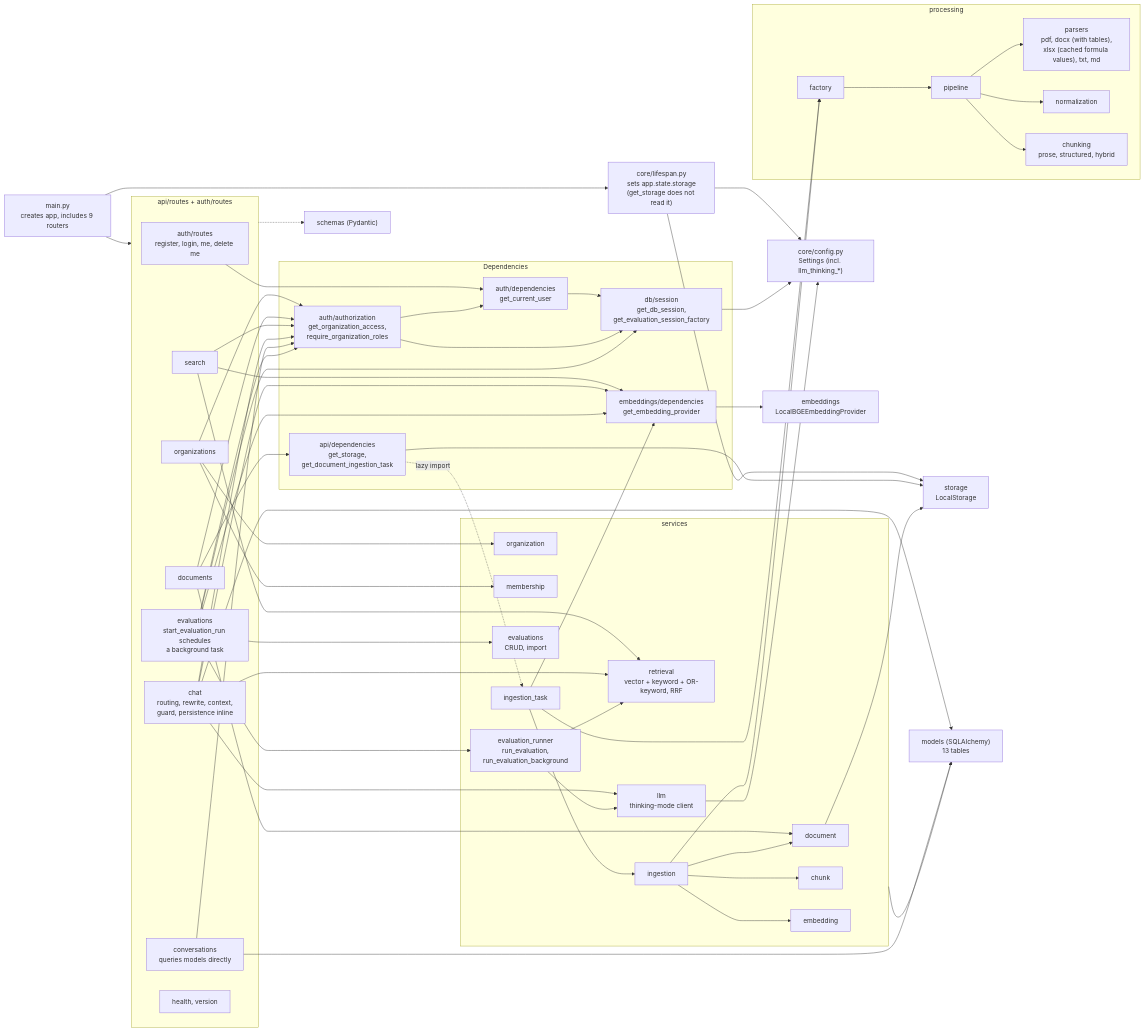
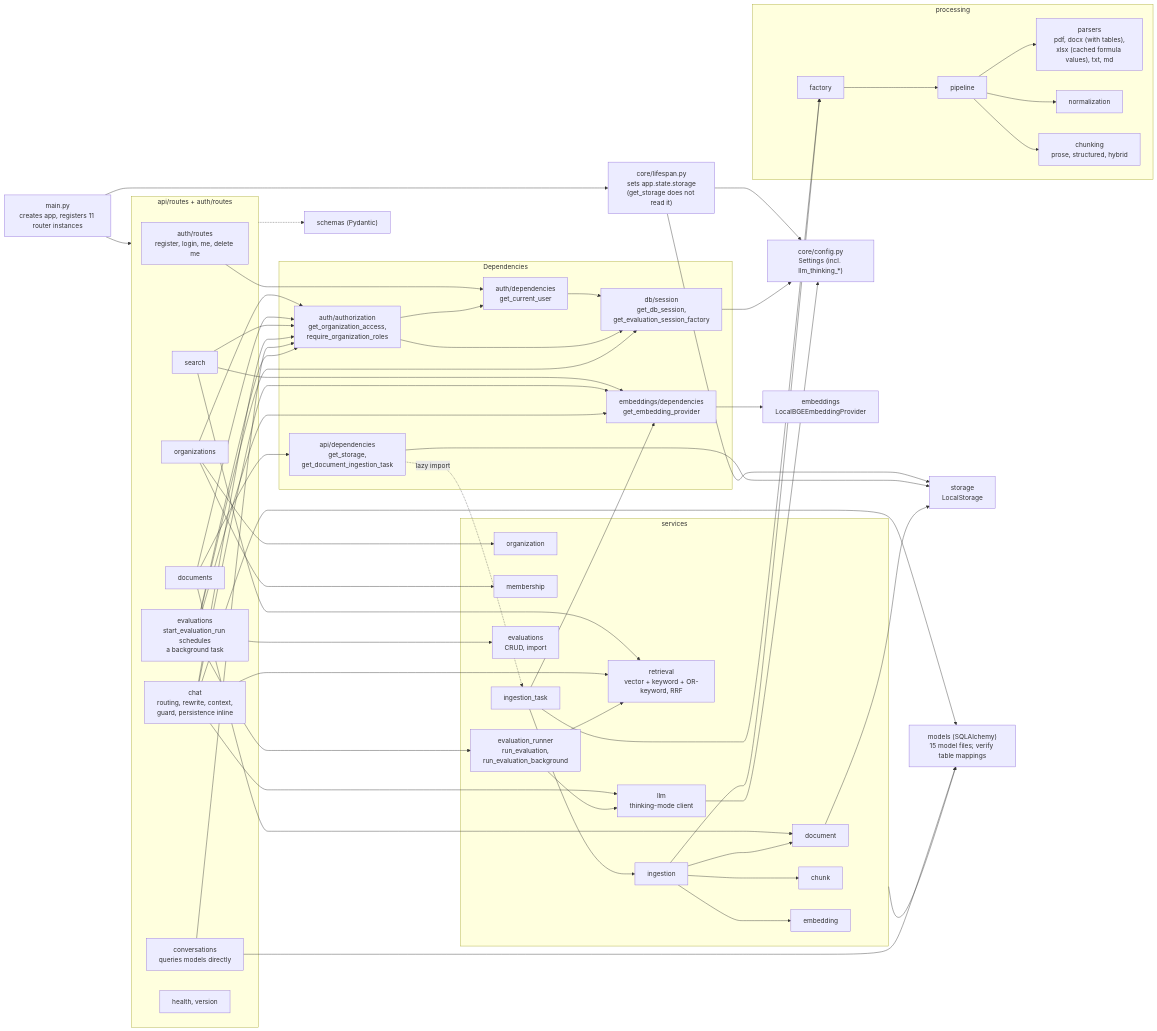
The diagram in docs/diagrams/03-backend-components.mmd (Samir-pemi-magar/Docpilot), drawn with Mermaid before and after one commit. The commit also changed 50 other files, not shown here.

```diff
--- a/docs/diagrams/03-backend-components.mmd
+++ b/docs/diagrams/03-backend-components.mmd
@@ -1,109 +1,109 @@
 %% DocPilot - Backend components (backend/app), arrows = real import/call dependencies
 %% Changes vs. previous version: evaluation background runner + session factory,
 %% llm settings, DOCX/XLSX parser notes.
 flowchart LR
-    main["main.py<br/>creates app, includes 9 routers"]
+    main["main.py<br/>creates app, registers 11 router instances"]
     lifespan["core/lifespan.py<br/>sets app.state.storage<br/>(get_storage does not read it)"]
     config["core/config.py<br/>Settings (incl. llm_thinking_*)"]
 
     subgraph routes["api/routes + auth/routes"]
         r_auth["auth/routes<br/>register, login, me, delete me"]
         r_org["organizations"]
         r_doc["documents"]
         r_search["search"]
         r_chat["chat<br/>routing, rewrite, context,<br/>guard, persistence inline"]
         r_conv["conversations<br/>queries models directly"]
         r_eval["evaluations<br/>start_evaluation_run schedules<br/>a background task"]
         r_misc["health, version"]
     end
 
     subgraph deps["Dependencies"]
         d_api["api/dependencies<br/>get_storage,<br/>get_document_ingestion_task"]
         d_auth["auth/dependencies<br/>get_current_user"]
         d_authz["auth/authorization<br/>get_organization_access,<br/>require_organization_roles"]
         d_emb["embeddings/dependencies<br/>get_embedding_provider"]
         d_db["db/session<br/>get_db_session,<br/>get_evaluation_session_factory"]
     end
 
     subgraph services["services"]
         s_doc["document"]
         s_org["organization"]
         s_mem["membership"]
         s_ret["retrieval<br/>vector + keyword + OR-keyword, RRF"]
         s_llm["llm<br/>thinking-mode client"]
         s_ing["ingestion"]
         s_task["ingestion_task"]
         s_chunk["chunk"]
         s_embed["embedding"]
         s_eval["evaluations<br/>CRUD, import"]
         s_run["evaluation_runner<br/>run_evaluation,<br/>run_evaluation_background"]
     end
 
     subgraph processing["processing"]
         p_fac["factory"]
         p_pipe["pipeline"]
         parsers["parsers<br/>pdf, docx (with tables),<br/>xlsx (cached formula values), txt, md"]
         norm["normalization"]
         chunking["chunking<br/>prose, structured, hybrid"]
     end
 
     emb["embeddings<br/>LocalBGEEmbeddingProvider"]
     storage["storage<br/>LocalStorage"]
-    models["models (SQLAlchemy)<br/>13 tables"]
+    models["models (SQLAlchemy)<br/>15 model files; verify table mappings"]
     schemas["schemas (Pydantic)"]
 
     main --> routes
     main --> lifespan
     lifespan --> storage
     lifespan --> config
 
     r_auth --> d_auth
     r_org --> d_authz
     r_doc --> d_authz
     r_search --> d_authz
     r_chat --> d_authz
     r_conv --> d_authz
     r_eval --> d_authz
     d_authz --> d_auth
     d_auth --> d_db
     d_authz --> d_db
 
     r_org --> s_org
     r_org --> s_mem
     r_doc --> s_doc
     r_doc --> d_api
     r_search --> s_ret
     r_search --> d_emb
     r_chat --> s_ret
     r_chat --> s_llm
     r_chat --> d_emb
     r_chat --> models
     r_conv --> models
     r_eval --> s_eval
     r_eval --> s_run
     r_eval --> d_emb
     r_eval --> d_db
     s_run --> s_ret
     s_run --> s_llm
 
     d_api --> storage
     d_api -.->|"lazy import"| s_task
     s_task --> s_ing
     s_task --> p_fac
     s_task --> d_emb
     s_ing --> p_fac
     s_ing --> s_chunk
     s_ing --> s_embed
     s_ing --> s_doc
     s_doc --> storage
     d_emb --> emb
 
     p_fac --> p_pipe
     p_pipe --> parsers
     p_pipe --> norm
     p_pipe --> chunking
 
     services --> models
     routes -.-> schemas
     s_llm --> config
     d_db --> config
```
